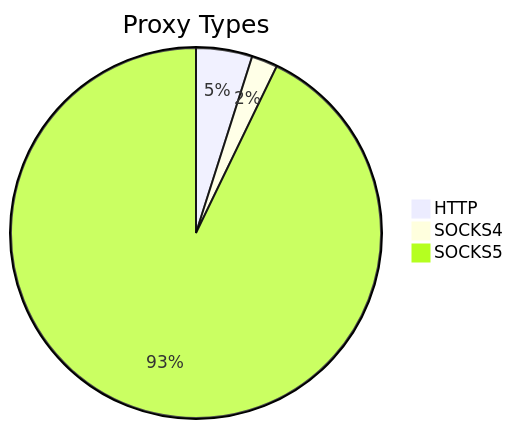
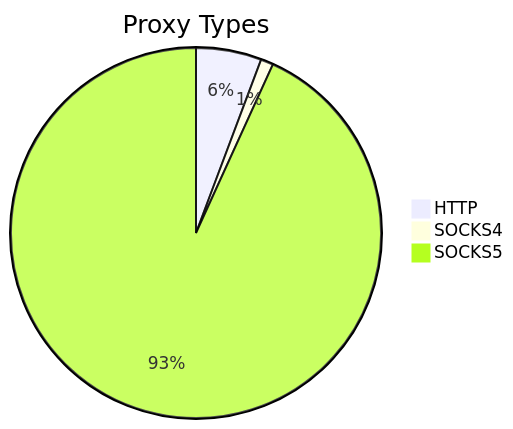
One commit to stormsia/proxy-list changed the first of 2 diagrams in README.md. Above: the diagram before and after it, drawn with Mermaid. The commit also changed other lines of this file, not shown here.

````diff
--- a/README.md
+++ b/README.md
@@ -21,6 +21,6 @@
 ```mermaid
 pie title Proxy Types
-    "HTTP" : 194
-    "SOCKS4" : 90
-    "SOCKS5" : 3674
+    "HTTP" : 203
+    "SOCKS4" : 39
+    "SOCKS5" : 3311
 ```
````
